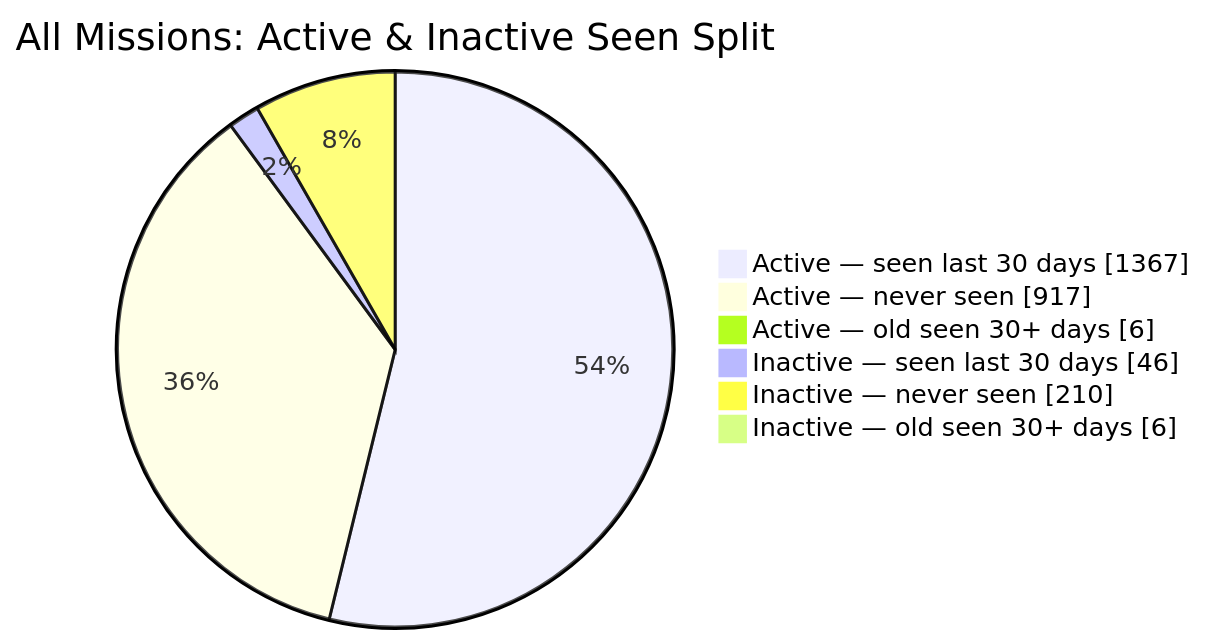
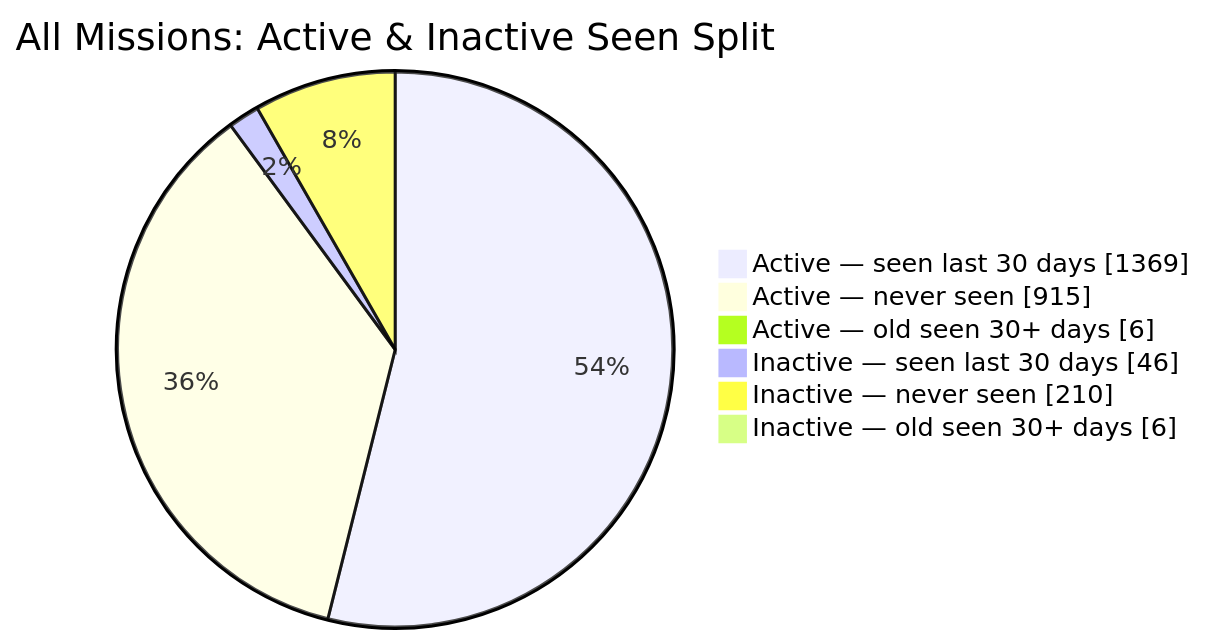
Before and after one commit to MeldkamerspelGameTeam/active-missions: the second of 2 diagrams in README.md, drawn with Mermaid. The commit also changed other lines of this file and 2 other files, not shown here.

````diff
--- a/README.md
+++ b/README.md
@@ -44,10 +44,10 @@
 ```mermaid
 pie showData
     title All Missions: Active & Inactive Seen Split
-    "Active — seen last 30 days" : 1367
-    "Active — never seen" : 917
+    "Active — seen last 30 days" : 1369
+    "Active — never seen" : 915
     "Active — old seen 30+ days" : 6
     "Inactive — seen last 30 days" : 46
     "Inactive — never seen" : 210
     "Inactive — old seen 30+ days" : 6
 ```
````
